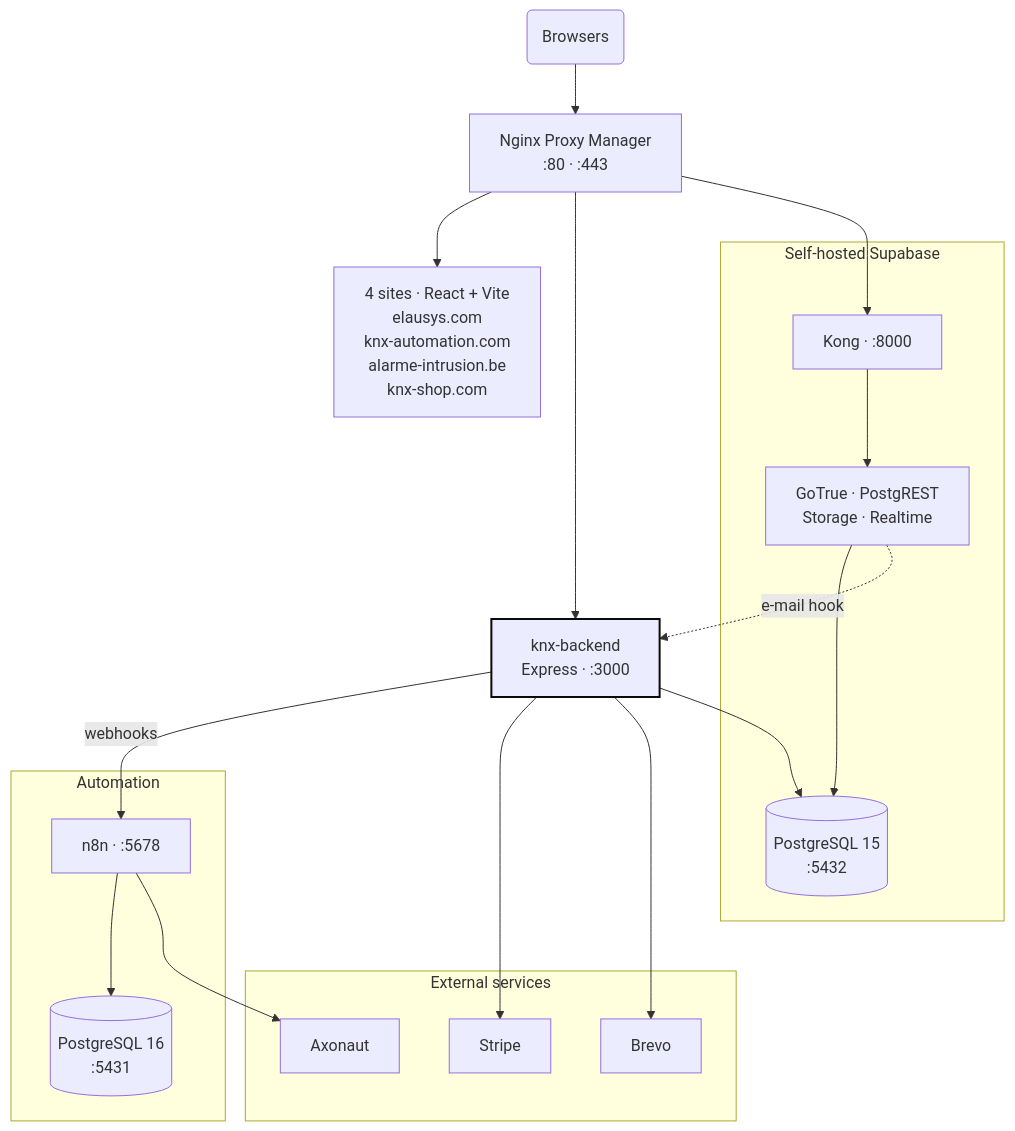
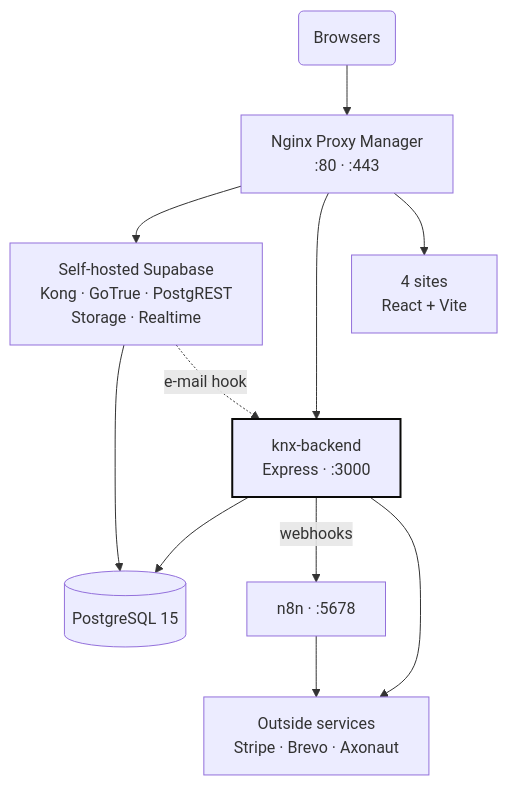
The diagram in diagrams/elausys-architecture.mmd (Gillian-Delvigne/gilliandelvigne.be), drawn with Mermaid before and after one commit. The commit also changed 6 other files, not shown here.

Commit message:
[ADD] content: add the Elausys diagrams

```diff
--- a/diagrams/elausys-architecture.mmd
+++ b/diagrams/elausys-architecture.mmd
@@ -1,43 +1,26 @@
 flowchart TB
     accTitle: Elausys architecture
-    accDescr: A single entry point, Nginx Proxy Manager, routes traffic to four React sites, the Express API and a self-hosted Supabase. The API handles the database, e-mails, payments and, through n8n, the CRM sync.
+    accDescr: A single entry point, Nginx Proxy Manager, routes traffic to four React sites, the Express API and a self-hosted Supabase. The API handles the database, e-mails and payments, and hands the CRM sync over to n8n.
 
     U("Browsers")
     NPM["Nginx Proxy Manager<br/>:80 · :443"]
-
-    SITES["4 sites · React + Vite<br/>elausys.com<br/>knx-automation.com<br/>alarme-intrusion.be<br/>knx-shop.com"]
-
+    SUPA["Self-hosted Supabase<br/>Kong · GoTrue · PostgREST<br/>Storage · Realtime"]
     API["knx-backend<br/>Express · :3000"]
-
-    subgraph SUPA["Self-hosted Supabase"]
-        KONG["Kong · :8000"]
-        SVC["GoTrue · PostgREST<br/>Storage · Realtime"]
-        PG[("PostgreSQL 15<br/>:5432")]
-    end
-
-    subgraph AUTO["Automation"]
-        N8N["n8n · :5678"]
-        N8NDB[("PostgreSQL 16<br/>:5431")]
-    end
-
-    subgraph EXT["External services"]
-        STRIPE["Stripe"]
-        BREVO["Brevo"]
-        AXO["Axonaut"]
-    end
+    SITES["4 sites<br/>React + Vite"]
+    PG[("PostgreSQL 15")]
+    N8N["n8n · :5678"]
+    EXT["Outside services<br/>Stripe · Brevo · Axonaut"]
 
     U --> NPM
+    NPM --> SUPA
+    NPM --> API
     NPM --> SITES
-    NPM --> API
-    NPM --> KONG
-    KONG --> SVC
-    SVC --> PG
-    SVC -. "e-mail hook" .-> API
+    SUPA --> PG
+    SUPA -. "e-mail hook" .-> API
     API --> PG
     API -->|webhooks| N8N
-    API --> STRIPE & BREVO
-    N8N --> N8NDB
-    N8N --> AXO
+    API --> EXT
+    N8N --> EXT
 
     classDef accent stroke:#0a0a08,stroke-width:2px
     class API accent
```
